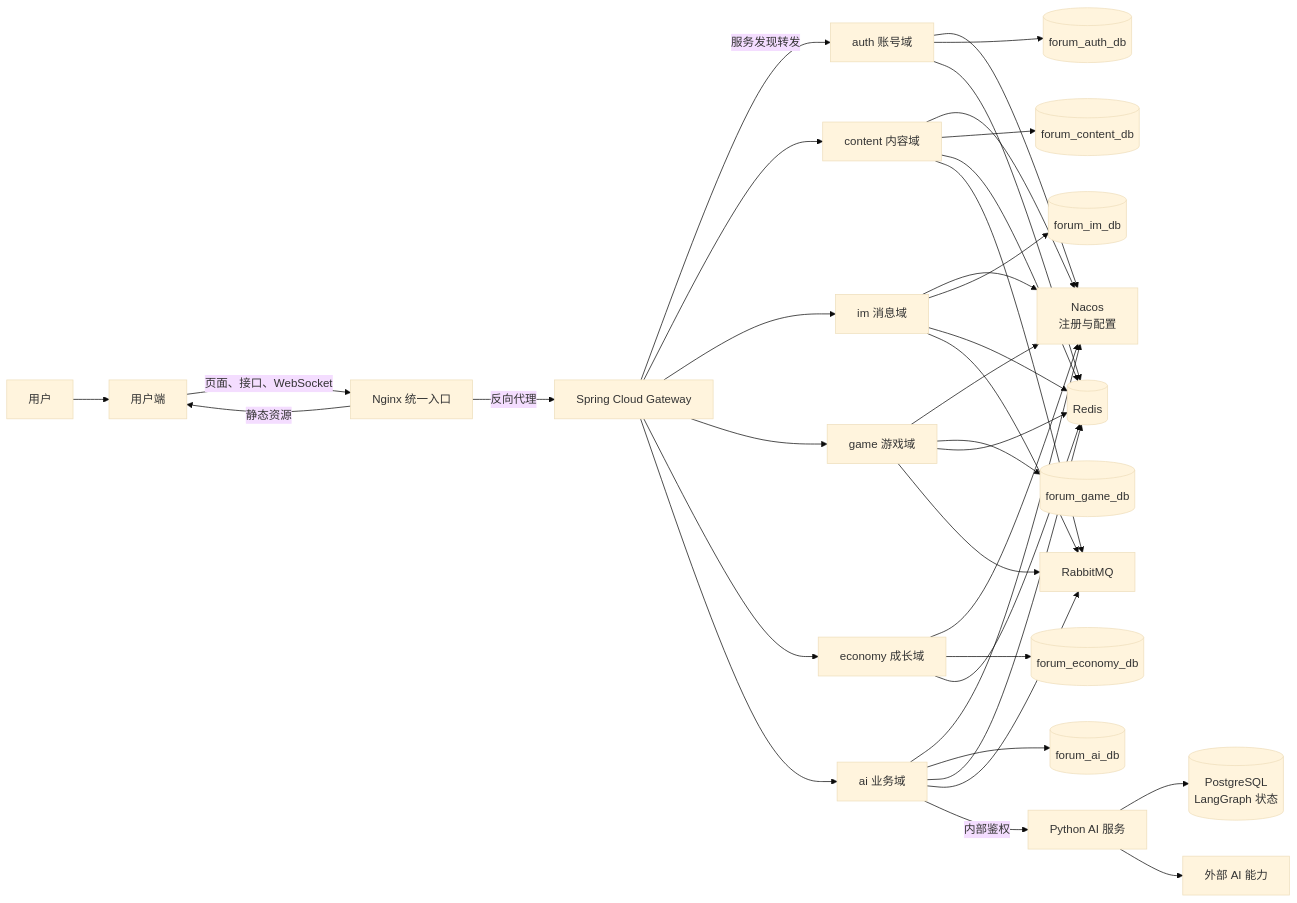
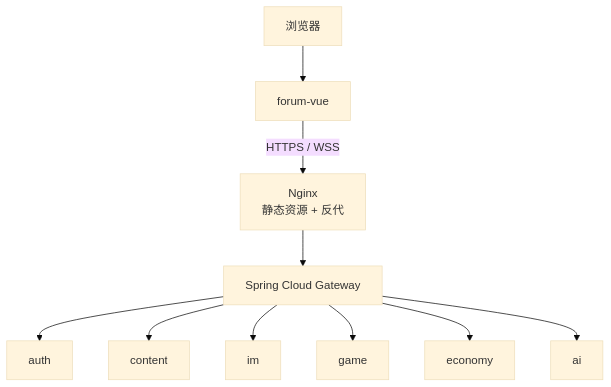
The first of 29 diagrams in README.md (pluchon/mengmeng_forum), drawn with Mermaid (base theme) before and after one commit. The commit also changed other lines of this file and 1616 other files, not shown here.

````diff
--- a/README.md
+++ b/README.md
@@ -46,25 +13,12 @@
 ```mermaid
-flowchart LR
-  U["用户"] --> V["用户端"]
-  V -->|页面、接口、WebSocket| N["Nginx 统一入口"]
-  N -->|反向代理| GW["Spring Cloud Gateway"]
-  N -->|静态资源| V
-  GW -->|服务发现转发| AUTH["auth 账号域"]
-  GW --> CONTENT["content 内容域"]
-  GW --> IM["im 消息域"]
-  GW --> GAME["game 游戏域"]
-  GW --> ECO["economy 成长域"]
-  GW --> AIJAVA["ai 业务域"]
-  AUTH & CONTENT & IM & GAME & ECO & AIJAVA --> NACOS["Nacos<br/>注册与配置"]
-  AUTH --> M1[("forum_auth_db")]
-  CONTENT --> M2[("forum_content_db")]
-  IM --> M3[("forum_im_db")]
-  GAME --> M4[("forum_game_db")]
-  ECO --> M5[("forum_economy_db")]
-  AIJAVA --> M6[("forum_ai_db")]
-  AUTH & CONTENT & IM & GAME & ECO & AIJAVA --> R[("Redis")]
-  CONTENT & IM & GAME & AIJAVA --> Q["RabbitMQ"]
-  AIJAVA -->|内部鉴权| PY["Python AI 服务"]
-  PY --> PG[("PostgreSQL<br/>LangGraph 状态")]
-  PY --> X["外部 AI 能力"]
+flowchart TB
+  U["浏览器"] --> FE["forum-vue"]
+  FE -->|HTTPS / WSS| NGX["Nginx<br/>静态资源 + 反代"]
+  NGX --> GW["Spring Cloud Gateway"]
+  GW --> AUTH["auth"]
+  GW --> CONTENT["content"]
+  GW --> IM["im"]
+  GW --> GAME["game"]
+  GW --> ECO["economy"]
+  GW --> AIJ["ai"]
 ```
````
